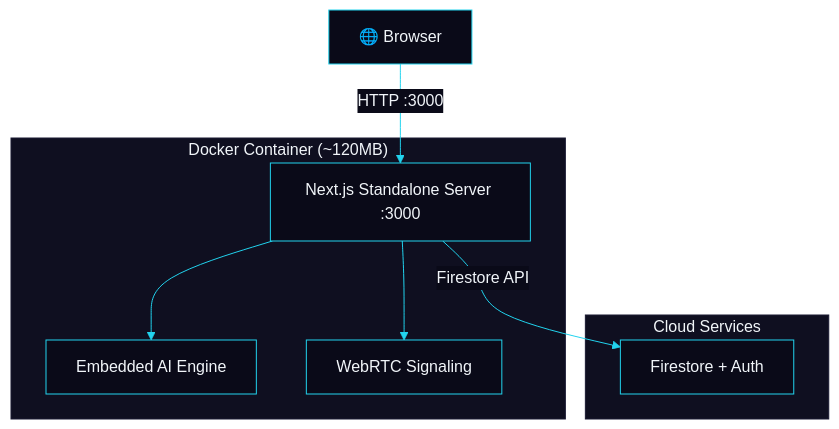
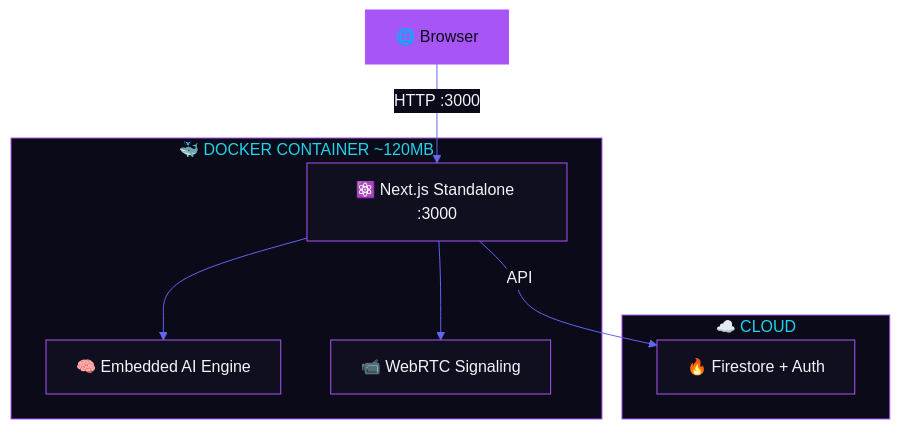
Before and after one commit to Shikhar-Kesharwani/nabha-telemedicine: the second of 3 diagrams in README.md, drawn with Mermaid. The commit also changed other lines of this file, not shown here.

Commit message:
docs: Redesign README with animated banners, gradient dividers, visual feature grids, and dark-themed Mermaid diagrams

````diff
--- a/README.md
+++ b/README.md
@@ -180,20 +336,22 @@
 ```mermaid
-%%{init: {'theme':'base', 'themeVariables': {'primaryColor':'#6366f1', 'primaryTextColor':'#f1f5f9', 'primaryBorderColor':'#22d3ee', 'lineColor':'#22d3ee', 'secondaryColor':'#0a0a18', 'tertiaryColor':'#161628', 'background':'#05050f', 'mainBkg':'#0a0a18', 'nodeBorder':'#22d3ee', 'clusterBkg':'#0f0f20', 'clusterBorder':'#1a1a32', 'titleColor':'#f1f5f9'}}}%%
+%%{init: {'theme':'base', 'themeVariables': {'primaryColor':'#a855f7', 'primaryTextColor':'#f1f5f9', 'primaryBorderColor':'#22d3ee', 'lineColor':'#6366f1', 'secondaryColor':'#0a0a18', 'tertiaryColor':'#161628', 'background':'#05050f', 'mainBkg':'#0f0f20', 'nodeBorder':'#a855f7', 'clusterBkg':'#0a0a18', 'clusterBorder':'#a855f7', 'titleColor':'#22d3ee', 'edgeLabelBackground':'#0a0a18'}}}%%
 graph TD
-    Client["🌐 Browser"]
+    Client["🌐 Browser"]:::client
 
-    subgraph Docker ["Docker Container (~120MB)"]
-        NODE["Next.js Standalone Server :3000"]
-        EMBED["Embedded AI Engine"]
-        P2P["WebRTC Signaling"]
+    subgraph D ["🐳 DOCKER CONTAINER ~120MB"]
+        NODE["⚛️ Next.js Standalone :3000"]
+        EMB["🧠 Embedded AI Engine"]
+        P2P["📹 WebRTC Signaling"]
     end
 
-    subgraph Cloud ["Cloud Services"]
-        FB["Firestore + Auth"]
+    subgraph C ["☁️ CLOUD"]
+        FB["🔥 Firestore + Auth"]
     end
 
     Client -->|HTTP :3000| NODE
-    NODE --> EMBED
+    NODE --> EMB
     NODE --> P2P
-    NODE -->|Firestore API| FB
+    NODE -->|API| FB
+
+    classDef client fill:#a855f7,stroke:#a855f7,color:#0a0a18
 ```
````
